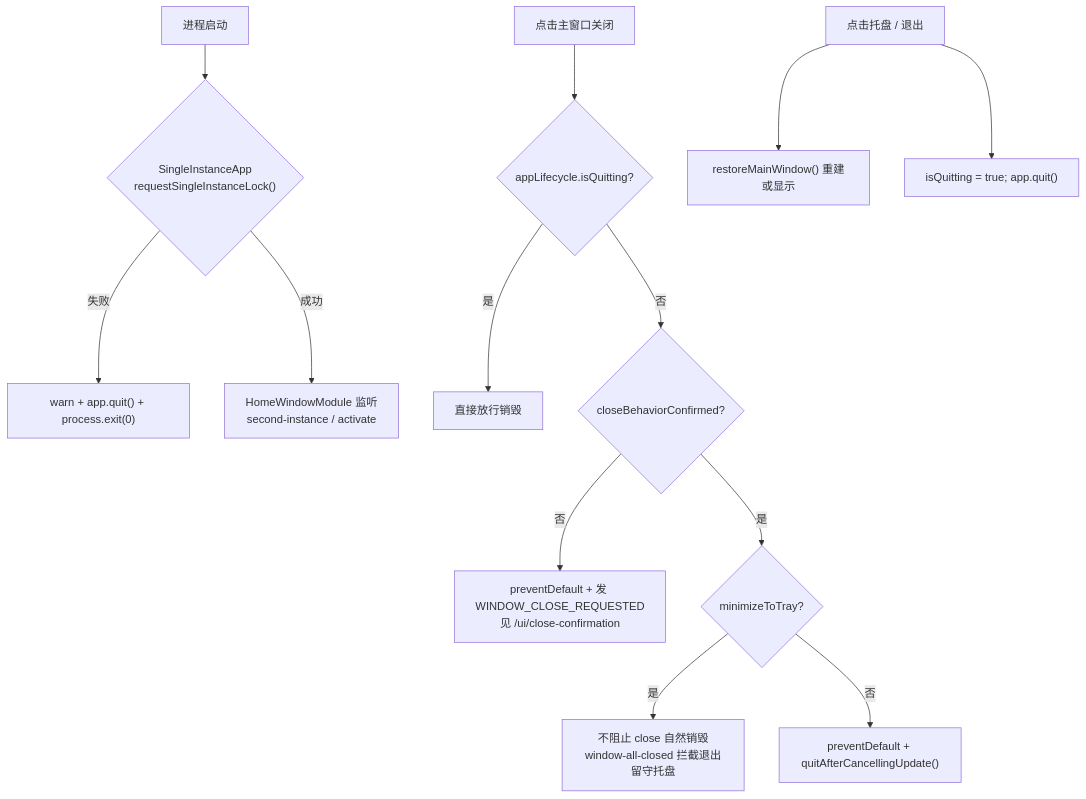
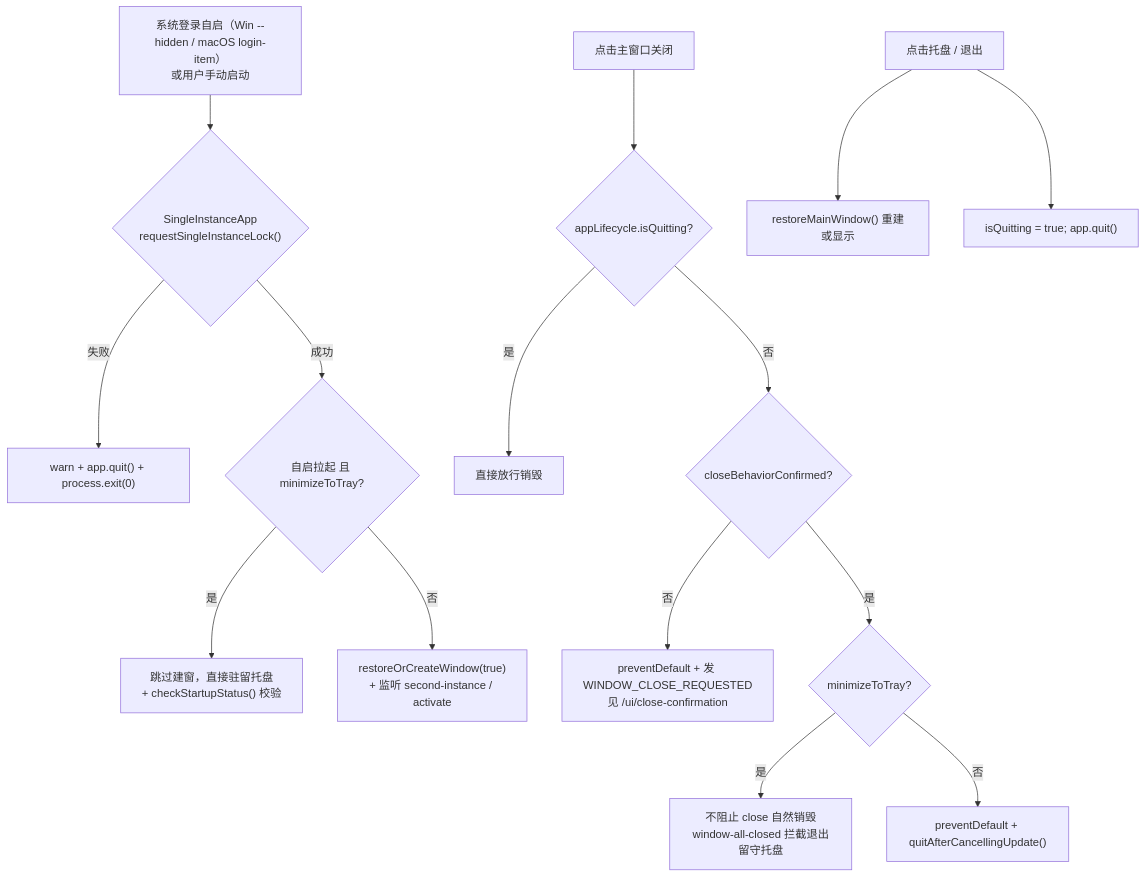
Before and after one commit to BanShan-Alec/electron-react-monorepo-template: the diagram in packages/docs/src/pages/main/tray-single-instance.md, drawn with Mermaid. The commit also changed other lines of this file and 3 other files, not shown here.

````diff
--- a/packages/docs/src/pages/main/tray-single-instance.md
+++ b/packages/docs/src/pages/main/tray-single-instance.md
@@ -23,15 +24,17 @@
 ```mermaid
 flowchart TB
-  Launch["进程启动"] --> Lock{"SingleInstanceApp<br/>requestSingleInstanceLock()"}
+  Boot["系统登录自启（Win --hidden / macOS login-item）<br/>或用户手动启动"] --> Lock{"SingleInstanceApp<br/>requestSingleInstanceLock()"}
   Lock -->|失败| Exit["warn + app.quit() + process.exit(0)"]
-  Lock -->|成功| Home["HomeWindowModule 监听<br/>second-instance / activate"]
+  Lock -->|成功| Hidden{"自启拉起 且 minimizeToTray?"}
+  Hidden -->|是| SilentTray["跳过建窗，直接驻留托盘<br/>+ checkStartupStatus() 校验"]
+  Hidden -->|否| ShowHome["restoreOrCreateWindow(true)<br/>+ 监听 second-instance / activate"]
   Close["点击主窗口关闭"] --> Quitting{"appLifecycle.isQuitting?"}
   Quitting -->|是| Destroy["直接放行销毁"]
   Quitting -->|否| Confirmed{"closeBehaviorConfirmed?"}
   Confirmed -->|否| Ask["preventDefault + 发 WINDOW_CLOSE_REQUESTED<br/>见 /ui/close-confirmation"]
   Confirmed -->|是| TrayCfg{"minimizeToTray?"}
   TrayCfg -->|是| KeepTray["不阻止 close 自然销毁<br/>window-all-closed 拦截退出留守托盘"]
   TrayCfg -->|否| CancelQuit["preventDefault + quitAfterCancellingUpdate()"]
   Tray["点击托盘 / 退出"] --> Restore["restoreMainWindow() 重建或显示"]
   Tray --> QuitMenu["isQuitting = true; app.quit()"]
 ```
````
